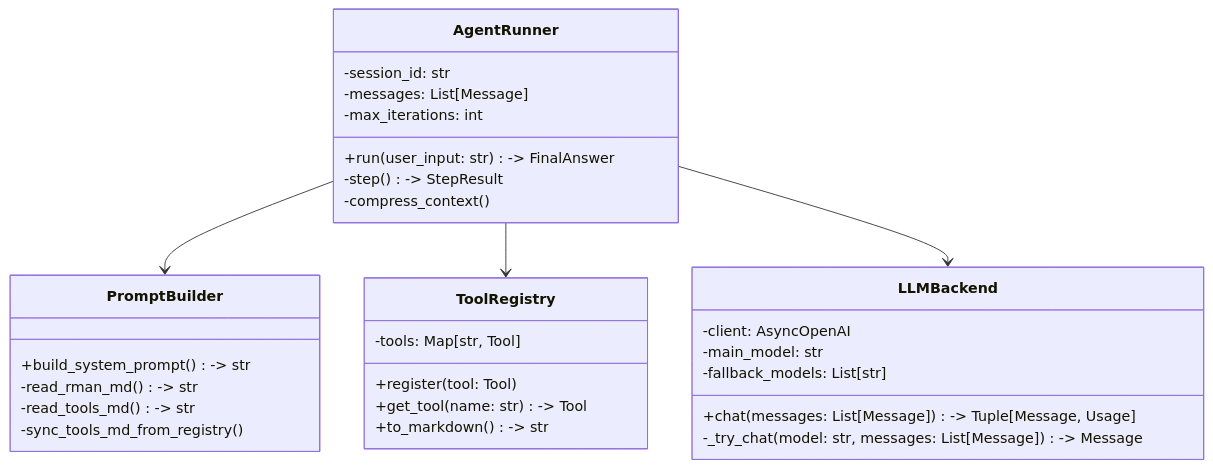
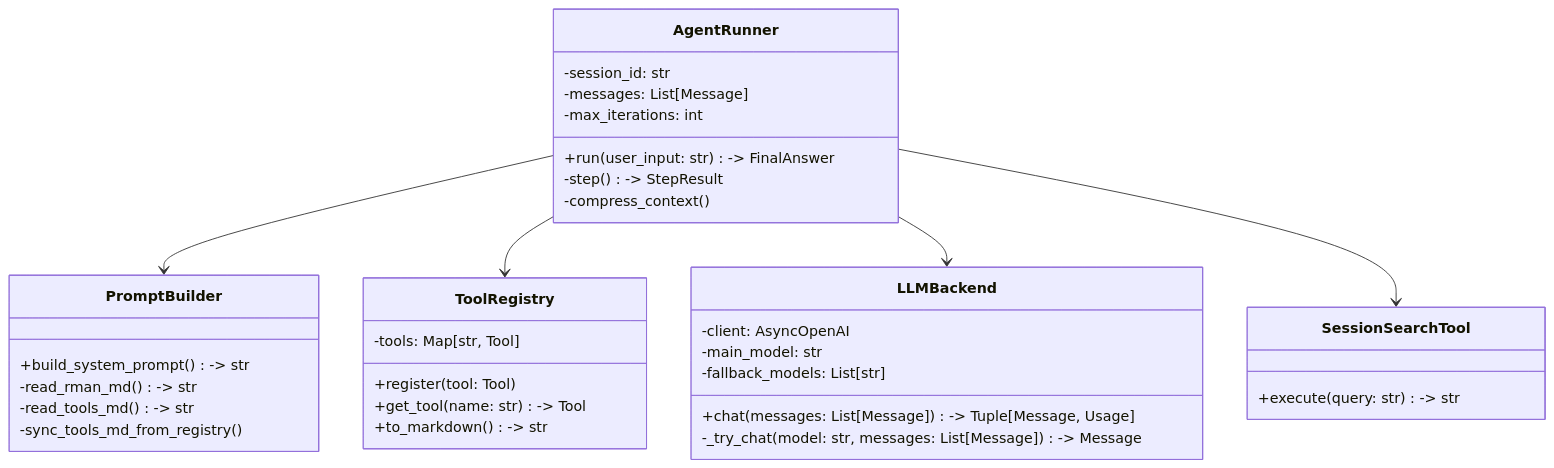
The diagram in docs/design/core-agent/DETAILED_DESIGN.md (zx2015/r_man), drawn with Mermaid before and after one commit. The commit also changed 15 other files, not shown here.

First line of the commit message:
refactor: simplify session search and decouple chat_id from tools

````diff
--- a/docs/design/core-agent/DETAILED_DESIGN.md
+++ b/docs/design/core-agent/DETAILED_DESIGN.md
@@ -13,37 +13,42 @@
 ```mermaid
 classDiagram
     class AgentRunner {
         -session_id: str
         -messages: List[Message]
         -max_iterations: int
         +run(user_input: str) -> FinalAnswer
         -step() -> StepResult
         -compress_context()
     }
 
     class PromptBuilder {
         +build_system_prompt() -> str
         -read_rman_md() -> str
         -read_tools_md() -> str
         -sync_tools_md_from_registry()
     }
 
     class ToolRegistry {
         -tools: Map[str, Tool]
         +register(tool: Tool)
         +get_tool(name: str) -> Tool
         +to_markdown() -> str
     }
 
     class LLMBackend {
         -client: AsyncOpenAI
         -main_model: str
         -fallback_models: List[str]
         +chat(messages: List[Message]) -> Tuple[Message, Usage]
         -_try_chat(model: str, messages: List[Message]) -> Message
     }
 
+    class SessionSearchTool {
+        +execute(query: str) -> str
+    }
+
     AgentRunner --> PromptBuilder
     AgentRunner --> ToolRegistry
     AgentRunner --> LLMBackend
+    AgentRunner --> SessionSearchTool
 ```
````
